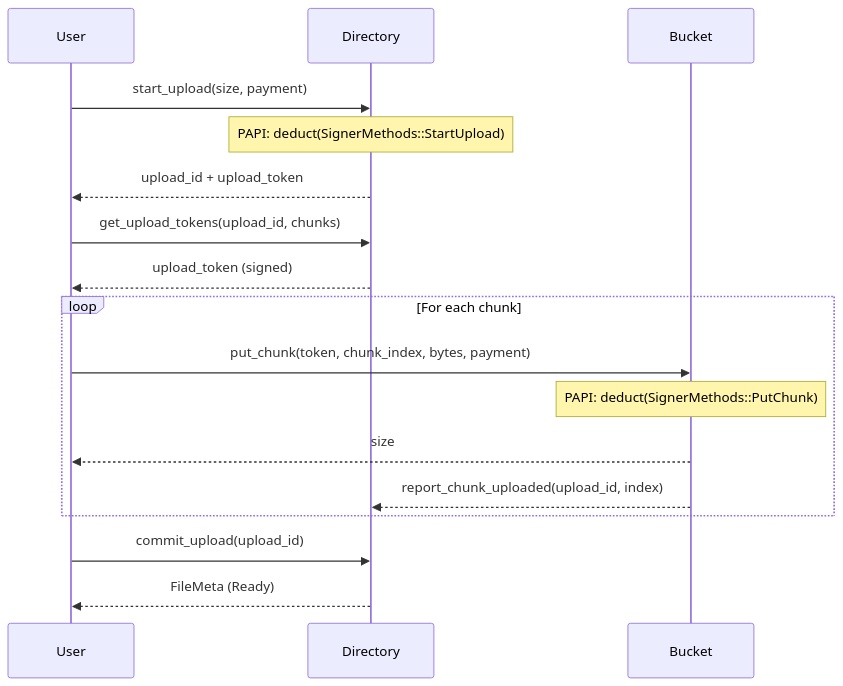
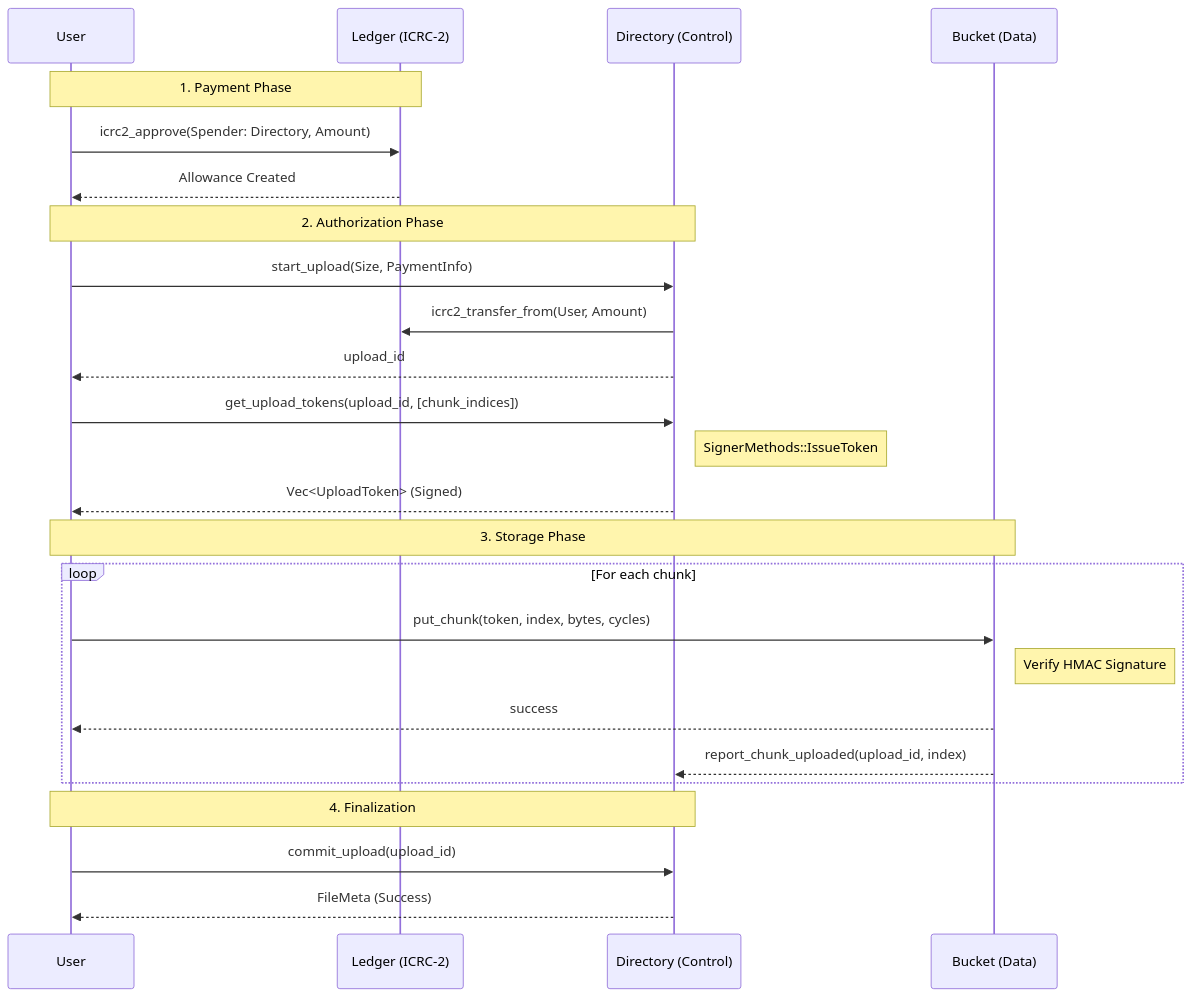
Before and after one commit to AntonioVentilii/vault-core: the second of 3 diagrams in ARCHITECTURE.md, drawn with Mermaid. The commit also changed other lines of this file and 1 other file, not shown here.

Commit message:
Documentation

````diff
--- a/ARCHITECTURE.md
+++ b/ARCHITECTURE.md
@@ -55,23 +55,32 @@
 ```mermaid
 sequenceDiagram
     participant U as User
-    participant D as Directory
-    participant B as Bucket
+    participant L as Ledger (ICRC-2)
+    participant D as Directory (Control)
+    participant B as Bucket (Data)
 
-    U->>D: start_upload(size, payment)
-    Note over D: PAPI: deduct(SignerMethods::StartUpload)
-    D-->>U: upload_id + upload_token
+    Note over U, L: 1. Payment Phase
+    U->>L: icrc2_approve(Spender: Directory, Amount)
+    L-->>U: Allowance Created
 
-    U->>D: get_upload_tokens(upload_id, chunks)
-    D-->>U: upload_token (signed)
+    Note over U, D: 2. Authorization Phase
+    U->>D: start_upload(Size, PaymentInfo)
+    D->>L: icrc2_transfer_from(User, Amount)
+    D-->>U: upload_id
 
+    U->>D: get_upload_tokens(upload_id, [chunk_indices])
+    Note right of D: SignerMethods::IssueToken
+    D-->>U: Vec<UploadToken> (Signed)
+
+    Note over U, B: 3. Storage Phase
     loop For each chunk
-        U->>B: put_chunk(token, chunk_index, bytes, payment)
-        Note over B: PAPI: deduct(SignerMethods::PutChunk)
-        B-->>U: size
+        U->>B: put_chunk(token, index, bytes, cycles)
+        Note right of B: Verify HMAC Signature
+        B-->>U: success
         B-->>D: report_chunk_uploaded(upload_id, index)
     end
 
+    Note over U, D: 4. Finalization
     U->>D: commit_upload(upload_id)
-    D-->>U: FileMeta (Ready)
+    D-->>U: FileMeta (Success)
 ```
````
